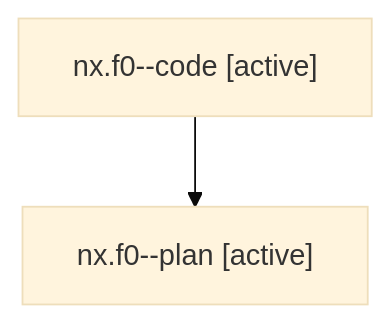
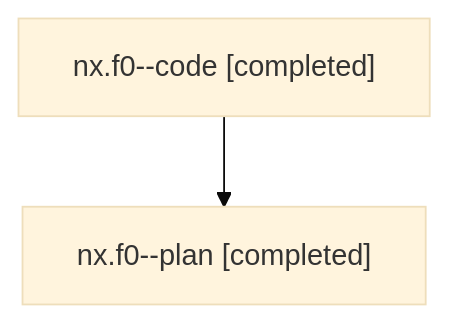
The diagram in families/bbugyi200.athena.nx.f0.md (sase-org/sase--agents), drawn with Mermaid (base theme) before and after one commit. The commit also changed other lines of this file and 57 other files, not shown here.

````diff
--- a/families/bbugyi200.athena.nx.f0.md
+++ b/families/bbugyi200.athena.nx.f0.md
@@ -9,6 +9,6 @@
 ```mermaid
 flowchart TD
-  n0["nx.f0--code [active]"]
-  n1["nx.f0--plan [active]"]
+  n0["nx.f0--code [completed]"]
+  n1["nx.f0--plan [completed]"]
   n0 --> n1
 ```
````
